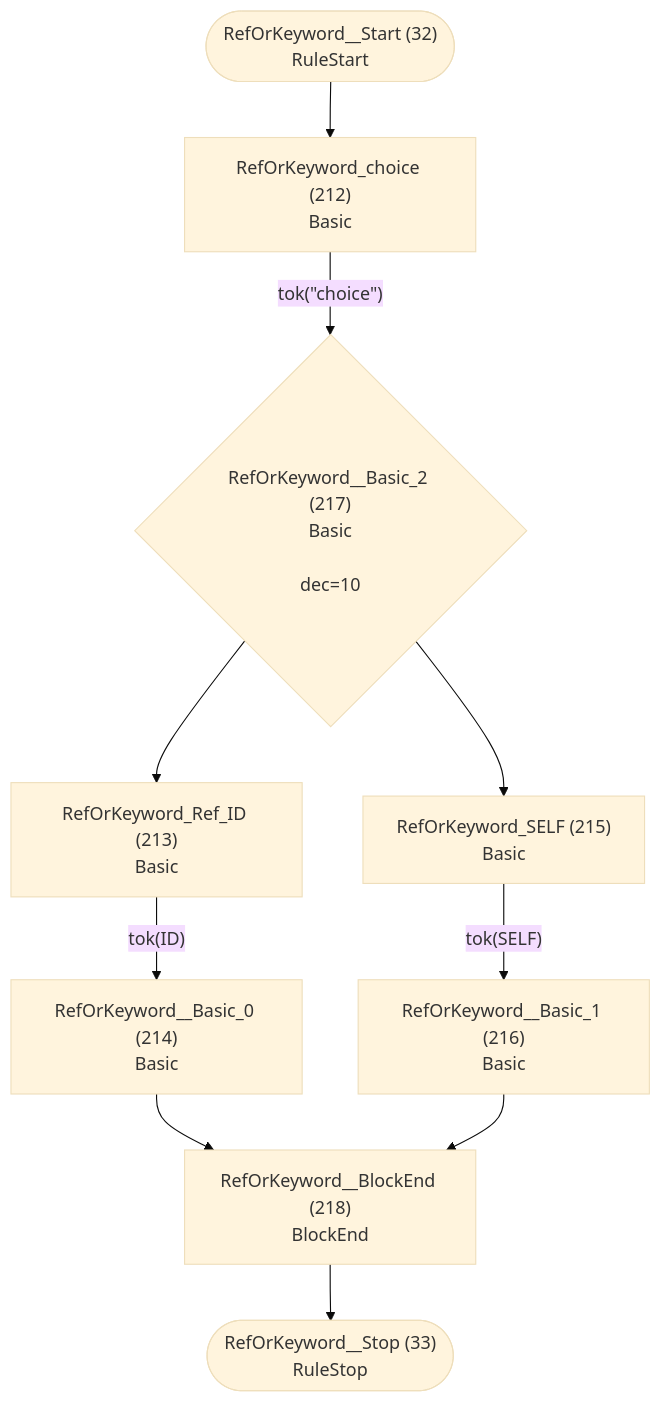
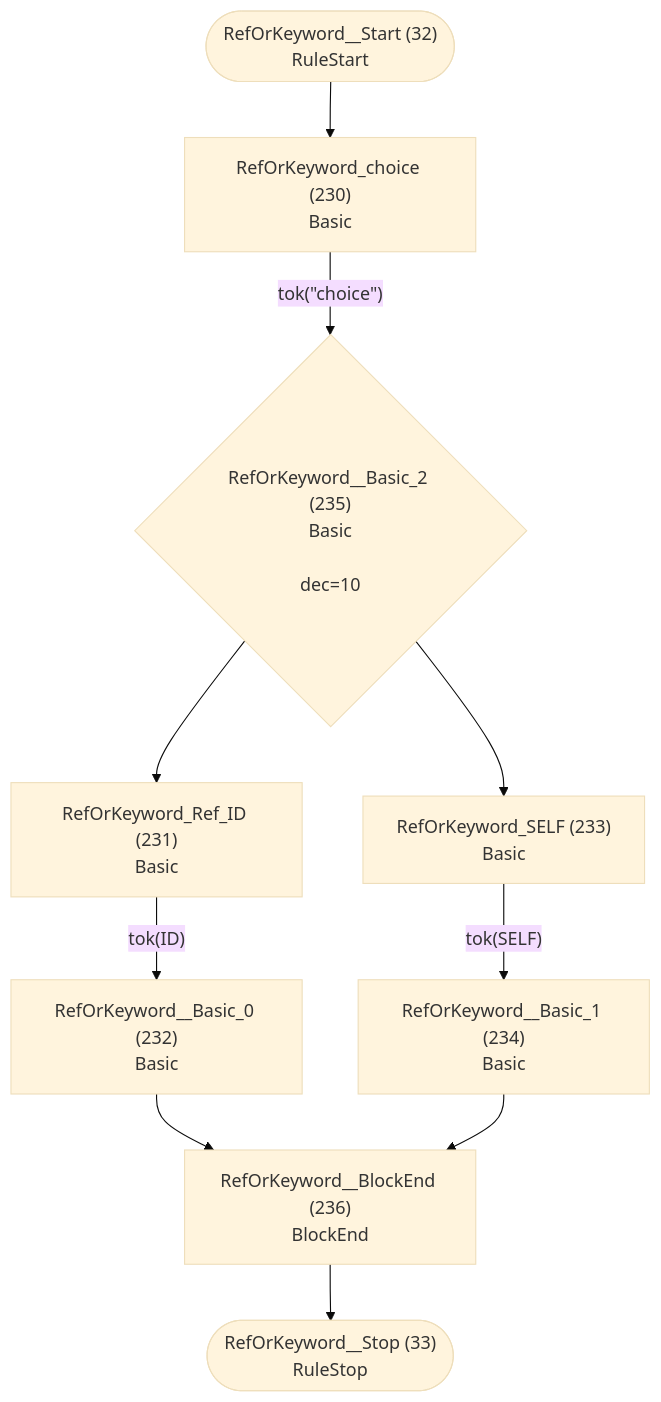
One commit to TypeFox/fastbelt changed diagram 17 of 46 in internal/languages/completion/atn.md. Above: the diagram before and after it, drawn with Mermaid (base theme). The commit also changed other lines of this file and 41 other files, not shown here.

````diff
--- a/internal/languages/completion/atn.md
+++ b/internal/languages/completion/atn.md
@@ -458,22 +478,22 @@
 ```mermaid
 flowchart TD
     q32(["RefOrKeyword__Start (32)<br/>RuleStart"])
     q33(["RefOrKeyword__Stop (33)<br/>RuleStop"])
-    q212["RefOrKeyword_choice (212)<br/>Basic<br/>"]
-    q213["RefOrKeyword_Ref_ID (213)<br/>Basic<br/>"]
-    q214["RefOrKeyword__Basic_0 (214)<br/>Basic<br/>"]
-    q215["RefOrKeyword_SELF (215)<br/>Basic<br/>"]
-    q216["RefOrKeyword__Basic_1 (216)<br/>Basic<br/>"]
-    q217{"RefOrKeyword__Basic_2 (217)<br/>Basic<br/><br/>dec=10"}
-    q218["RefOrKeyword__BlockEnd (218)<br/>BlockEnd<br/>"]
+    q230["RefOrKeyword_choice (230)<br/>Basic<br/>"]
+    q231["RefOrKeyword_Ref_ID (231)<br/>Basic<br/>"]
+    q232["RefOrKeyword__Basic_0 (232)<br/>Basic<br/>"]
+    q233["RefOrKeyword_SELF (233)<br/>Basic<br/>"]
+    q234["RefOrKeyword__Basic_1 (234)<br/>Basic<br/>"]
+    q235{"RefOrKeyword__Basic_2 (235)<br/>Basic<br/><br/>dec=10"}
+    q236["RefOrKeyword__BlockEnd (236)<br/>BlockEnd<br/>"]
 
-    q32 --> q212
-    q212 -->|"tok(&quot;choice&quot;)"| q217
-    q213 -->|"tok(ID)"| q214
-    q214 --> q218
-    q215 -->|"tok(SELF)"| q216
-    q216 --> q218
-    q217 --> q213
-    q217 --> q215
-    q218 --> q33
+    q32 --> q230
+    q230 -->|"tok(&quot;choice&quot;)"| q235
+    q231 -->|"tok(ID)"| q232
+    q232 --> q236
+    q233 -->|"tok(SELF)"| q234
+    q234 --> q236
+    q235 --> q231
+    q235 --> q233
+    q236 --> q33
 ```
````
